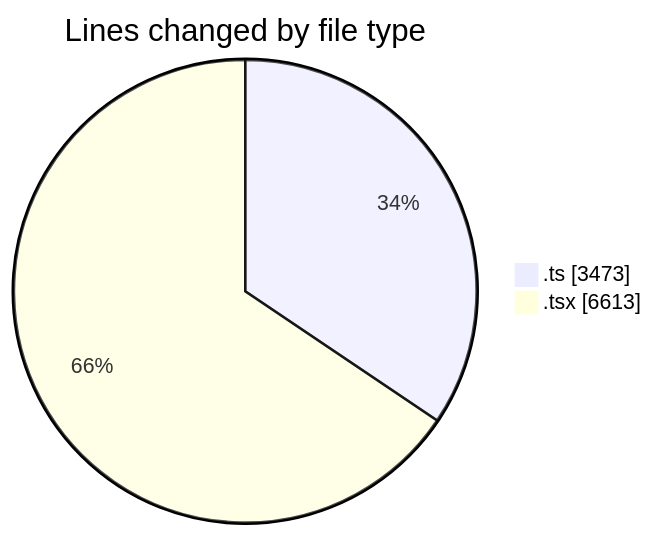
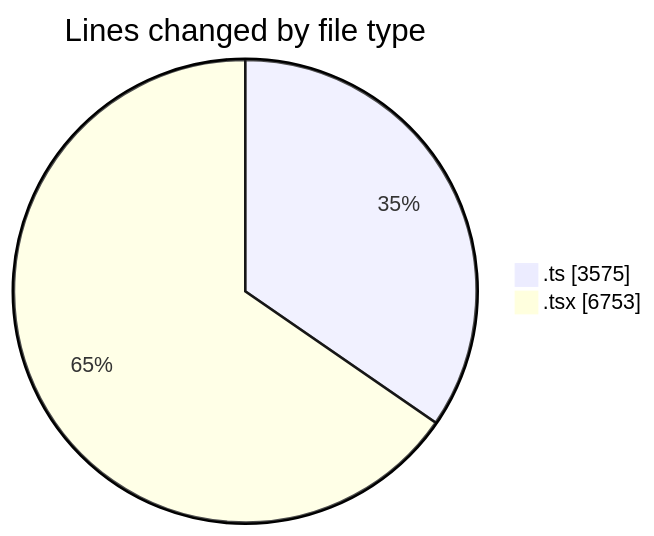
One commit to momahboobian/code-tracking changed the first of 2 diagrams in 2025-07-01/cda/README.md. Above: the diagram before and after it, drawn with Mermaid. The commit also changed other lines of this file and 1 other file, not shown here.

````diff
--- a/2025-07-01/cda/README.md
+++ b/2025-07-01/cda/README.md
@@ -45,6 +46,6 @@
 ```mermaid
 pie showData
 title Lines changed by file type
-".ts" : 3473
-".tsx" : 6613
+".ts" : 3575
+".tsx" : 6753
 ```
````
